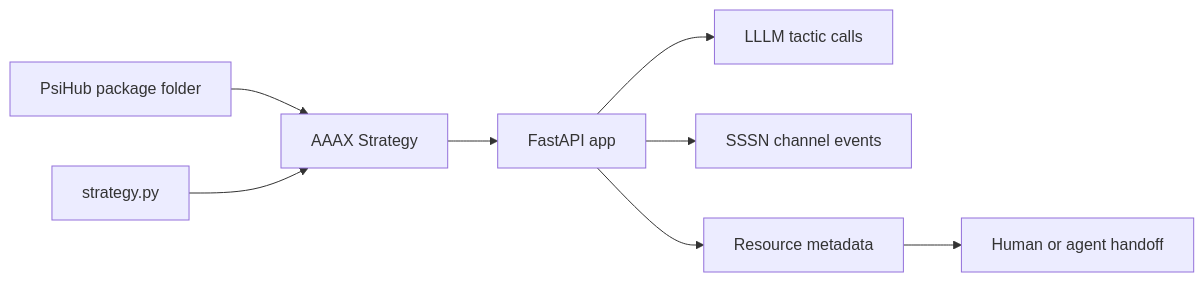
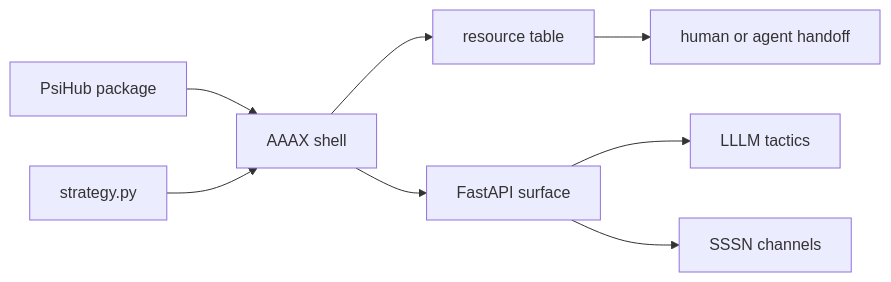
One commit to Productive-Superintelligence/aaax changed the diagram in docs/index.md. Above: the diagram before and after it, drawn with Mermaid. The commit also changed other lines of this file and 22 other files, not shown here.

Commit message:
Reframe AAAX docs as PSI shell

````diff
--- a/docs/index.md
+++ b/docs/index.md
@@ -70,10 +75,10 @@
 ```mermaid
 flowchart LR
-  A["PsiHub package folder"] --> B["AAAX Strategy"]
+  A["PsiHub package"] --> B["AAAX shell"]
   C["strategy.py"] --> B
-  B --> D["FastAPI app"]
-  D --> E["LLLM tactic calls"]
-  D --> F["SSSN channel events"]
-  D --> G["Resource metadata"]
-  G --> H["Human or agent handoff"]
+  B --> D["resource table"]
+  B --> E["FastAPI surface"]
+  E --> F["LLLM tactics"]
+  E --> G["SSSN channels"]
+  D --> H["human or agent handoff"]
 ```
````
